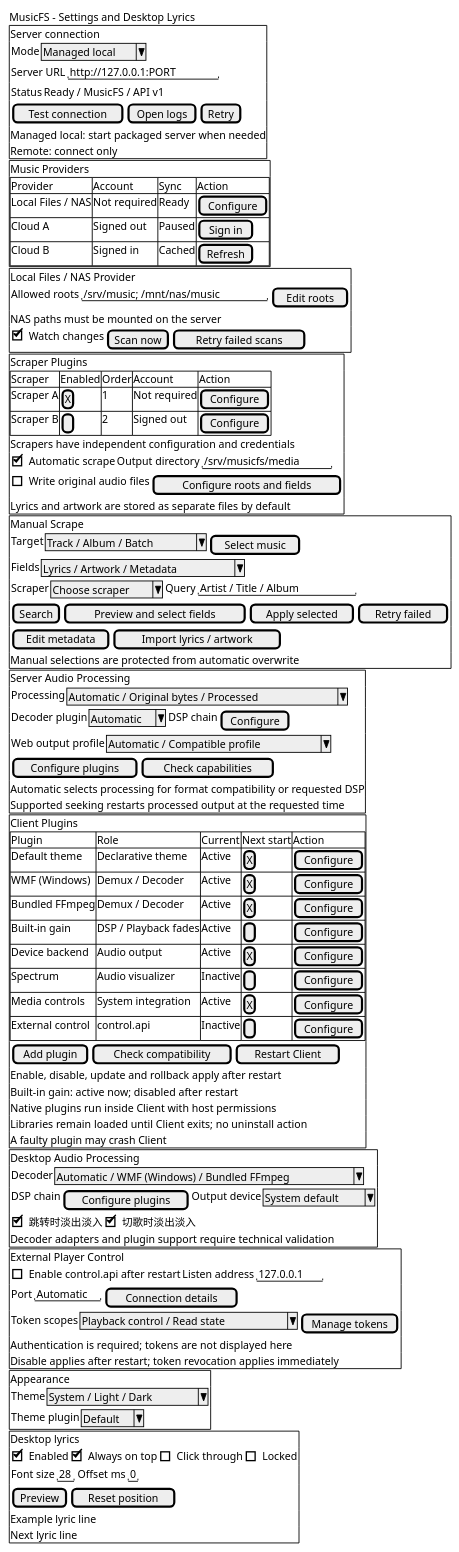
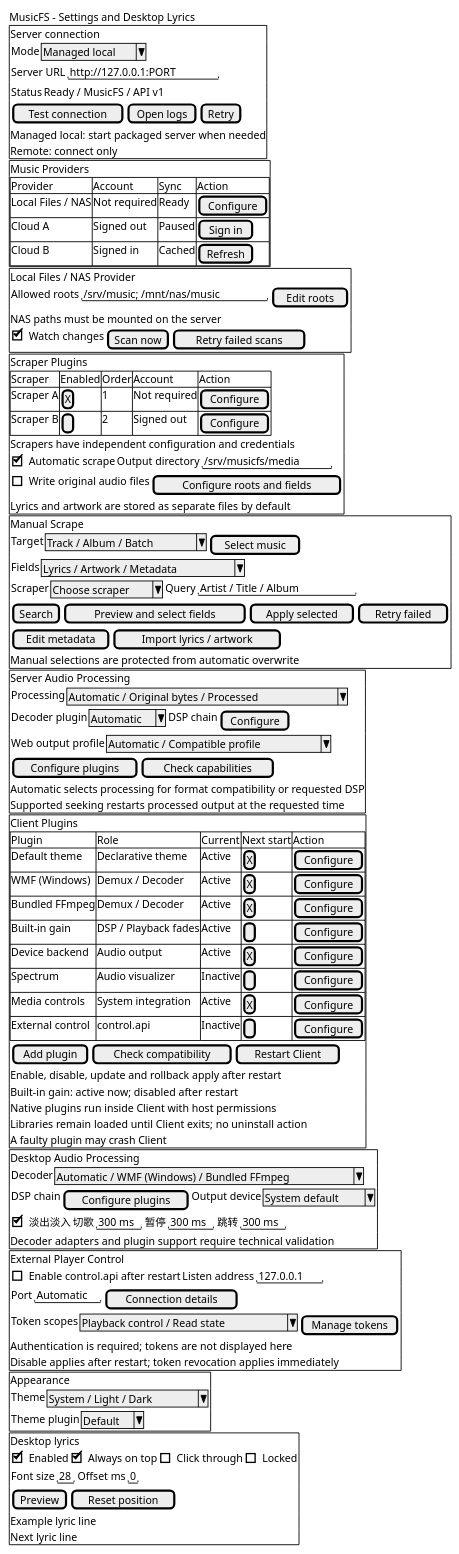
Before and after one commit to fnMrRice/MusicFS-client: the diagram in docs/prototypes/settings.salt.puml, drawn with PlantUML. The commit also changed 17 other files, not shown here.

```diff
--- a/docs/prototypes/settings.salt.puml
+++ b/docs/prototypes/settings.salt.puml
@@ -1,107 +1,107 @@
 @startsalt
 {
   MusicFS - Settings and Desktop Lyrics
   {+
     Server connection
     { Mode | ^Managed local^ }
     { Server URL | "http://127.0.0.1:PORT" }
     { Status | Ready / MusicFS / API v1 }
     { [Test connection] | [Open logs] | [Retry] }
     Managed local: start packaged server when needed
     Remote: connect only
   }
   {+
     Music Providers
     {#
       Provider | Account | Sync | Action
       Local Files / NAS | Not required | Ready | [Configure]
       Cloud A | Signed out | Paused | [Sign in]
       Cloud B | Signed in | Cached | [Refresh]
     }
   }
   {+
     Local Files / NAS Provider
     { Allowed roots | "/srv/music; /mnt/nas/music" | [Edit roots] }
     NAS paths must be mounted on the server
     { [X] Watch changes | [Scan now] | [Retry failed scans] }
   }
   {+
     Scraper Plugins
     {#
       Scraper | Enabled | Order | Account | Action
       Scraper A | [X] | 1 | Not required | [Configure]
       Scraper B | [ ] | 2 | Signed out | [Configure]
     }
     Scrapers have independent configuration and credentials
     { [X] Automatic scrape | Output directory | "/srv/musicfs/media" }
     { [ ] Write original audio files | [Configure roots and fields] }
     Lyrics and artwork are stored as separate files by default
   }
   {+
     Manual Scrape
     { Target | ^Track / Album / Batch^ | [Select music] }
     { Fields | ^Lyrics / Artwork / Metadata^ }
     { Scraper | ^Choose scraper^ | Query | "Artist / Title / Album" }
     { [Search] | [Preview and select fields] | [Apply selected] | [Retry failed] }
     { [Edit metadata] | [Import lyrics / artwork] }
     Manual selections are protected from automatic overwrite
   }
   {+
     Server Audio Processing
     { Processing | ^Automatic / Original bytes / Processed^ }
     { Decoder plugin | ^Automatic^ | DSP chain | [Configure] }
     { Web output profile | ^Automatic / Compatible profile^ }
     { [Configure plugins] | [Check capabilities] }
     Automatic selects processing for format compatibility or requested DSP
     Supported seeking restarts processed output at the requested time
   }
   {+
     Client Plugins
     {#
       Plugin | Role | Current | Next start | Action
       Default theme | Declarative theme | Active | [X] | [Configure]
       WMF (Windows) | Demux / Decoder | Active | [X] | [Configure]
       Bundled FFmpeg | Demux / Decoder | Active | [X] | [Configure]
       Built-in gain | DSP / Playback fades | Active | [ ] | [Configure]
       Device backend | Audio output | Active | [X] | [Configure]
       Spectrum | Audio visualizer | Inactive | [ ] | [Configure]
       Media controls | System integration | Active | [X] | [Configure]
       External control | control.api | Inactive | [ ] | [Configure]
     }
     { [Add plugin] | [Check compatibility] | [Restart Client] }
     Enable, disable, update and rollback apply after restart
     Built-in gain: active now; disabled after restart
     Native plugins run inside Client with host permissions
     Libraries remain loaded until Client exits; no uninstall action
     A faulty plugin may crash Client
   }
   {+
     Desktop Audio Processing
     { Decoder | ^Automatic / WMF (Windows) / Bundled FFmpeg^ }
     { DSP chain | [Configure plugins] | Output device | ^System default^ }
-    { [X] 跳转时淡出淡入 | [X] 切歌时淡出淡入 }
+    { [X] 淡出淡入 | 切歌 | "300 ms" | 暂停 | "300 ms" | 跳转 | "300 ms" }
     Decoder adapters and plugin support require technical validation
   }
   {+
     External Player Control
     { [ ] Enable control.api after restart | Listen address | "127.0.0.1" }
     { Port | "Automatic" | [Connection details] }
     { Token scopes | ^Playback control / Read state^ | [Manage tokens] }
     Authentication is required; tokens are not displayed here
     Disable applies after restart; token revocation applies immediately
   }
   {+
     Appearance
     { Theme | ^System / Light / Dark^ }
     { Theme plugin | ^Default^ }
   }
   {+
     Desktop lyrics
     { [X] Enabled | [X] Always on top | [ ] Click through | [ ] Locked }
     { Font size | "28" | Offset ms | "0" }
     { [Preview] | [Reset position] }
     Example lyric line
     Next lyric line
   }
 }
 @endsalt
```
